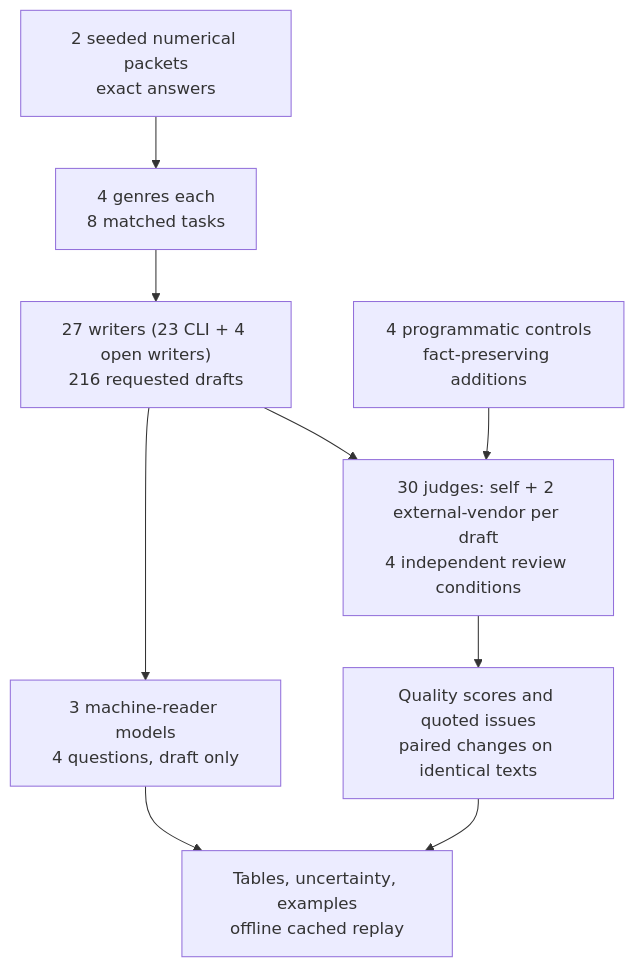
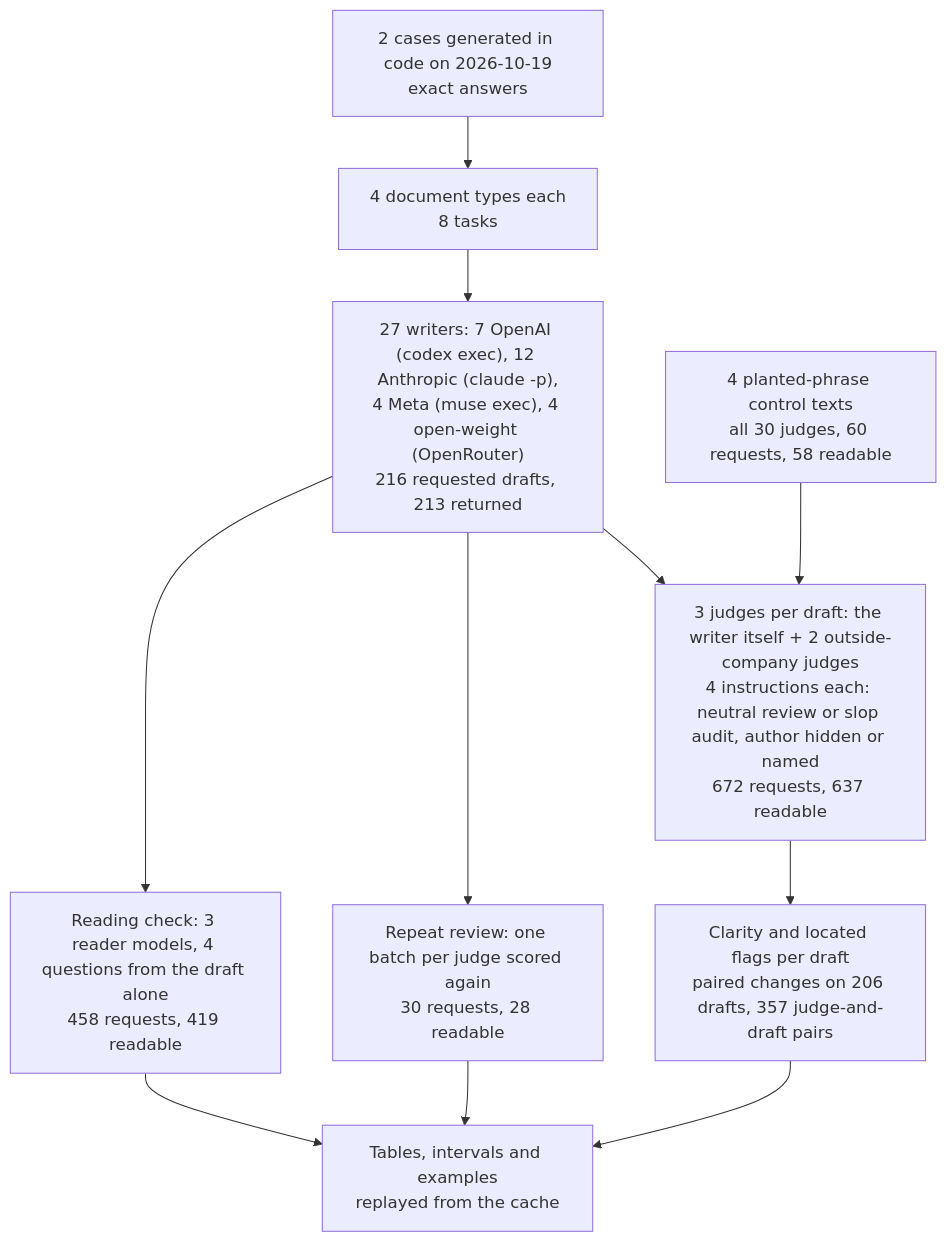
One commit to k-sandhu/experiment-notebooks changed the first of 2 diagrams in notebooks/15-analytical-writing-style/README.md. Above: the diagram before and after it, drawn with Mermaid. The commit also changed other lines of this file and 2 other files, not shown here.

````diff
--- a/notebooks/15-analytical-writing-style/README.md
+++ b/notebooks/15-analytical-writing-style/README.md
@@ -50,11 +93,13 @@
 ```mermaid
 flowchart TD
- A["2 seeded numerical packets<br/>exact answers"] --> B["4 genres each<br/>8 matched tasks"]
- B --> C["27 writers (23 CLI + 4 open writers)<br/>216 requested drafts"]
- C --> D["30 judges: self + 2 external-vendor per draft<br/>4 independent review conditions"]
- D --> E["Quality scores and quoted issues<br/>paired changes on identical texts"]
- C --> F["3 machine-reader models<br/>4 questions, draft only"]
- G["4 programmatic controls<br/>fact-preserving additions"] --> D
- E --> H["Tables, uncertainty, examples<br/>offline cached replay"]
- F --> H
+    A["2 cases generated in code on 2026-10-19<br/>exact answers"] --> B["4 document types each<br/>8 tasks"]
+    B --> C["27 writers: 7 OpenAI (codex exec), 12 Anthropic (claude -p),<br/>4 Meta (muse exec), 4 open-weight (OpenRouter)<br/>216 requested drafts, 213 returned"]
+    C --> D["3 judges per draft: the writer itself + 2 outside-company judges<br/>4 instructions each: neutral review or slop audit, author hidden or named<br/>672 requests, 637 readable"]
+    G["4 planted-phrase control texts<br/>all 30 judges, 60 requests, 58 readable"] --> D
+    C --> R["Repeat review: one batch per judge scored again<br/>30 requests, 28 readable"]
+    C --> F["Reading check: 3 reader models, 4 questions from the draft alone<br/>458 requests, 419 readable"]
+    D --> E["Clarity and located flags per draft<br/>paired changes on 206 drafts, 357 judge-and-draft pairs"]
+    E --> H["Tables, intervals and examples<br/>replayed from the cache"]
+    R --> H
+    F --> H
 ```
````
